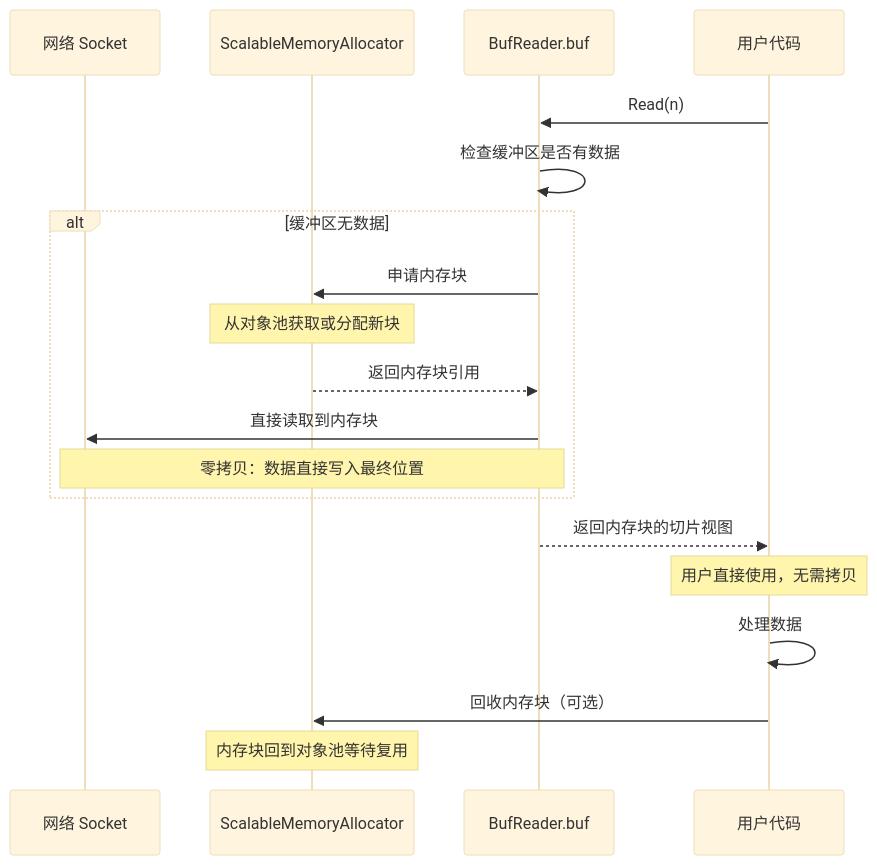
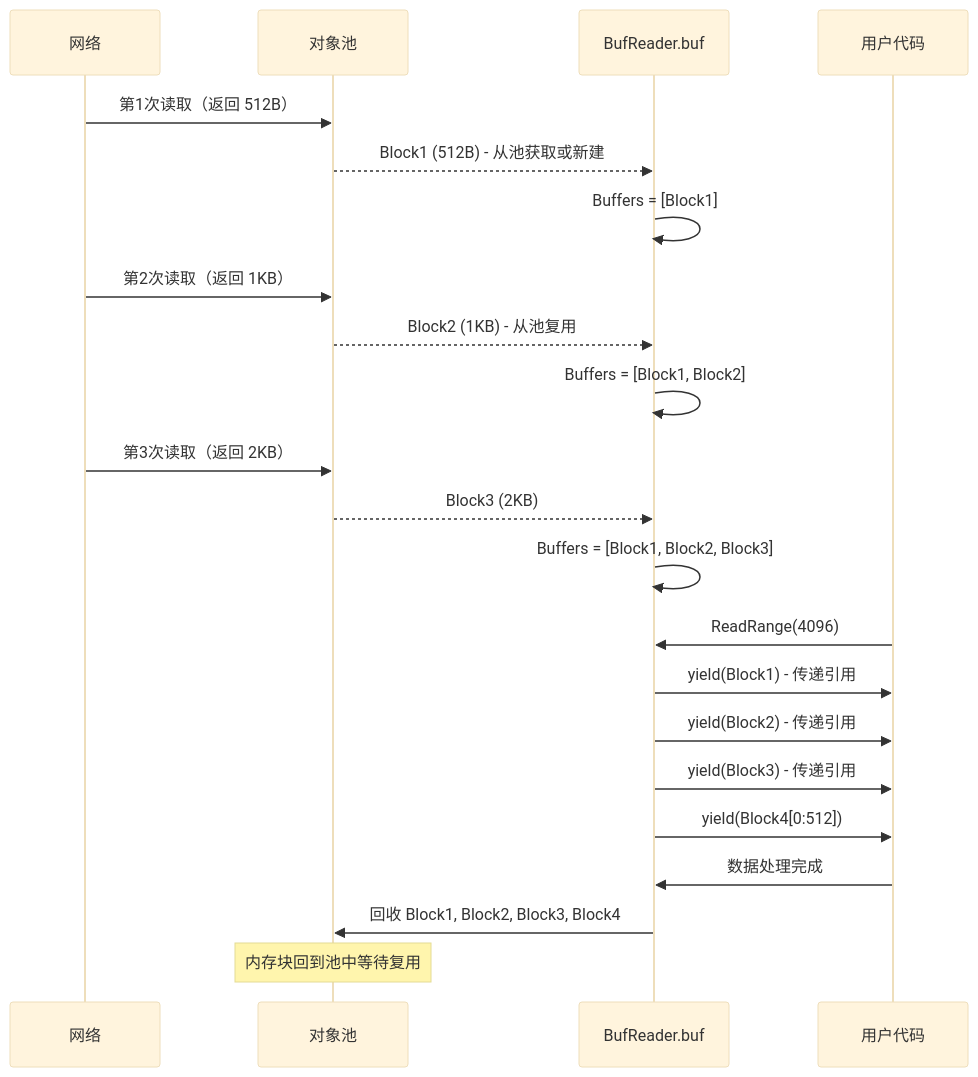
One commit to eanfs/monibuca changed the first of 2 diagrams in doc_CN/bufreader_analysis.md. Above: the diagram before and after it, drawn with Mermaid (base theme). The commit also changed other lines of this file and 3 other files, not shown here.

````diff
--- a/doc_CN/bufreader_analysis.md
+++ b/doc_CN/bufreader_analysis.md
@@ -177,22 +150,29 @@
 ```mermaid
 sequenceDiagram
-    participant N as 网络 Socket
-    participant A as ScalableMemoryAllocator
+    participant N as 网络
+    participant P as 对象池
     participant B as BufReader.buf
     participant U as 用户代码
     
-    U->>B: Read(n)
-    B->>B: 检查缓冲区是否有数据
-    alt 缓冲区无数据
-        B->>A: 申请内存块
-        Note over A: 从对象池获取或分配新块
-        A-->>B: 返回内存块引用
-        B->>N: 直接读取到内存块
-        Note over N,B: 零拷贝：数据直接写入最终位置
-    end
-    B-->>U: 返回内存块的切片视图
-    Note over U: 用户直接使用，无需拷贝
-    U->>U: 处理数据
-    U->>A: 回收内存块（可选）
-    Note over A: 内存块回到对象池等待复用
+    N->>P: 第1次读取（返回 512B）
+    P-->>B: Block1 (512B) - 从池获取或新建
+    B->>B: Buffers = [Block1]
+    
+    N->>P: 第2次读取（返回 1KB）
+    P-->>B: Block2 (1KB) - 从池复用
+    B->>B: Buffers = [Block1, Block2]
+    
+    N->>P: 第3次读取（返回 2KB）
+    P-->>B: Block3 (2KB)
+    B->>B: Buffers = [Block1, Block2, Block3]
+    
+    U->>B: ReadRange(4096)
+    B->>U: yield(Block1) - 传递引用
+    B->>U: yield(Block2) - 传递引用
+    B->>U: yield(Block3) - 传递引用
+    B->>U: yield(Block4[0:512])
+    
+    U->>B: 数据处理完成
+    B->>P: 回收 Block1, Block2, Block3, Block4
+    Note over P: 内存块回到池中等待复用
 ```
````
